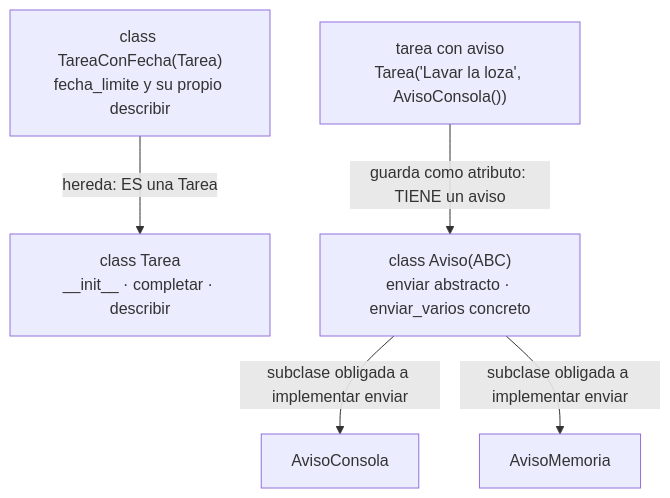
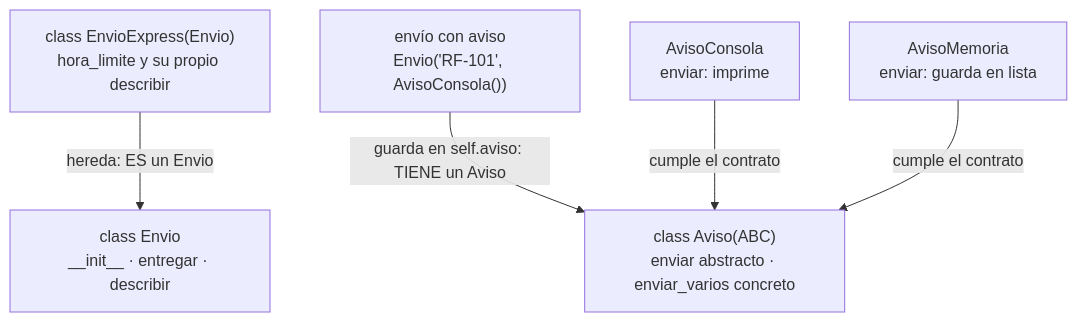
The seventh of 7 diagrams in web/public/content/foundations/modulo-1.md (NICORUIZ93/The_Imperial_Book), drawn with Mermaid before and after one commit. The commit also changed other lines of this file, not shown here.

First line of the commit message:
docs(fundamentos): M1 Temas 4-7 con la plantilla académica (módulo 1 completo)

````diff
--- a/web/public/content/foundations/modulo-1.md
+++ b/web/public/content/foundations/modulo-1.md
@@ -952,13 +1640,13 @@
 ```mermaid
 flowchart TB
-    T["class Tarea<br/>__init__ · completar · describir"]
-    F["class TareaConFecha(Tarea)<br/>fecha_limite y su propio describir"]
+    E["class Envio<br/>__init__ · entregar · describir"]
+    X["class EnvioExpress(Envio)<br/>hora_limite y su propio describir"]
     A["class Aviso(ABC)<br/>enviar abstracto · enviar_varios concreto"]
-    C["AvisoConsola"]
-    M["AvisoMemoria"]
-    LAV["tarea con aviso<br/>Tarea('Lavar la loza', AvisoConsola())"]
-    F -->|"hereda: ES una Tarea"| T
-    LAV -->|"guarda como atributo: TIENE un aviso"| A
-    A -->|"subclase obligada a implementar enviar"| C
-    A -->|"subclase obligada a implementar enviar"| M
+    C["AvisoConsola<br/>enviar: imprime"]
+    M["AvisoMemoria<br/>enviar: guarda en lista"]
+    EA["envío con aviso<br/>Envio('RF-101', AvisoConsola())"]
+    X -->|"hereda: ES un Envio"| E
+    EA -->|"guarda en self.aviso: TIENE un Aviso"| A
+    C -->|"cumple el contrato"| A
+    M -->|"cumple el contrato"| A
 ```
````
